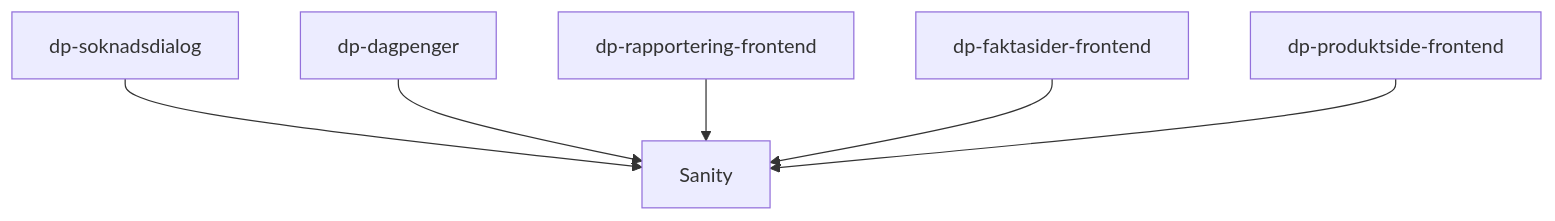
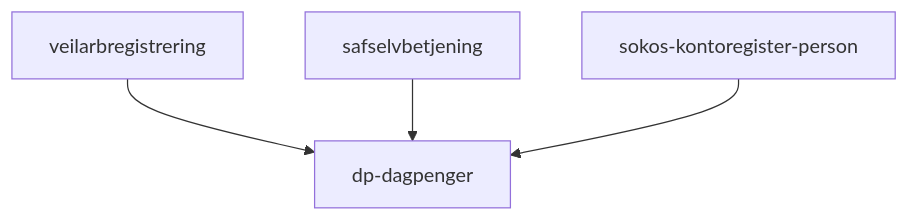
The diagram in docs/innbyggerflate/losninger/innsyn/frontend.mdx (navikt/dp-dokumentasjon), drawn with Mermaid before and after one commit. The commit also changed other lines of this file, not shown here.

Commit message:
Oppdatere dokumentasjon innsyns frontend

````diff
--- a/docs/innbyggerflate/losninger/innsyn/frontend.mdx
+++ b/docs/innbyggerflate/losninger/innsyn/frontend.mdx
@@ -17,8 +36,6 @@
 ```mermaid
 flowchart TB
-    dp-soknadsdialog-->Sanity;
-    dp-dagpenger-->Sanity;
-    dp-rapportering-frontend-->Sanity;
-    dp-faktasider-frontend-->Sanity;
-    dp-produktside-frontend-->Sanity;
+    veilarbregistrering-->dp-dagpenger;
+    safselvbetjening-->dp-dagpenger;
+    sokos-kontoregister-person-->dp-dagpenger;
 ```
````
